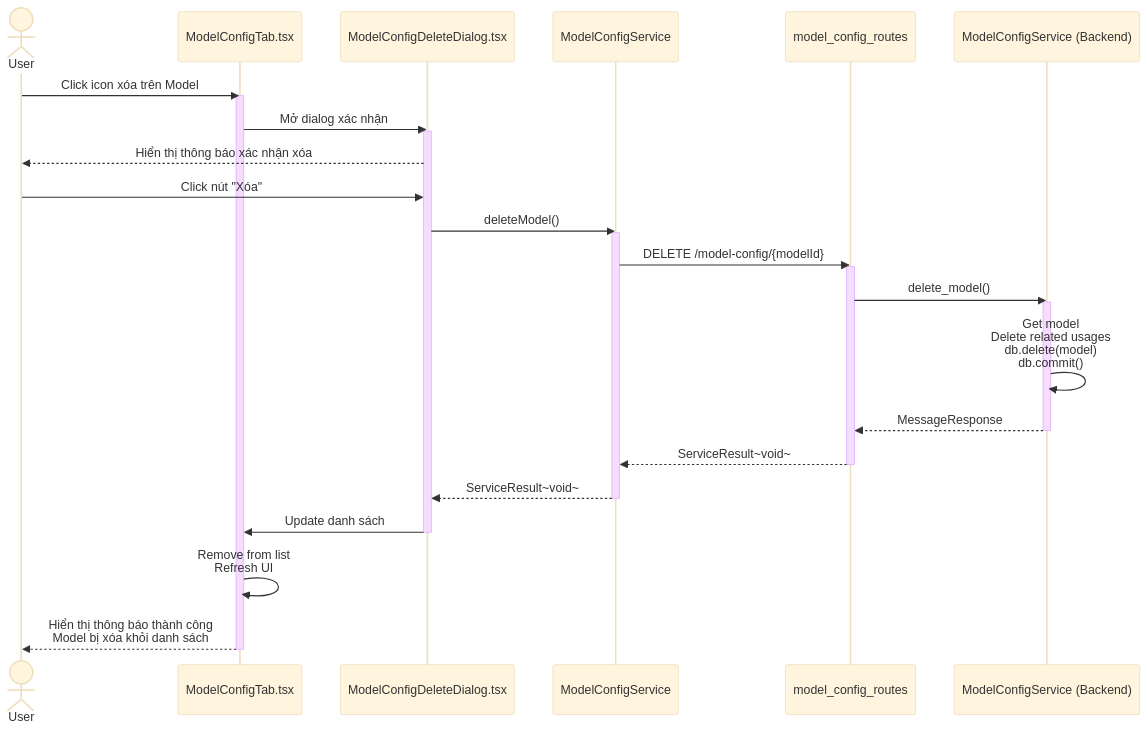
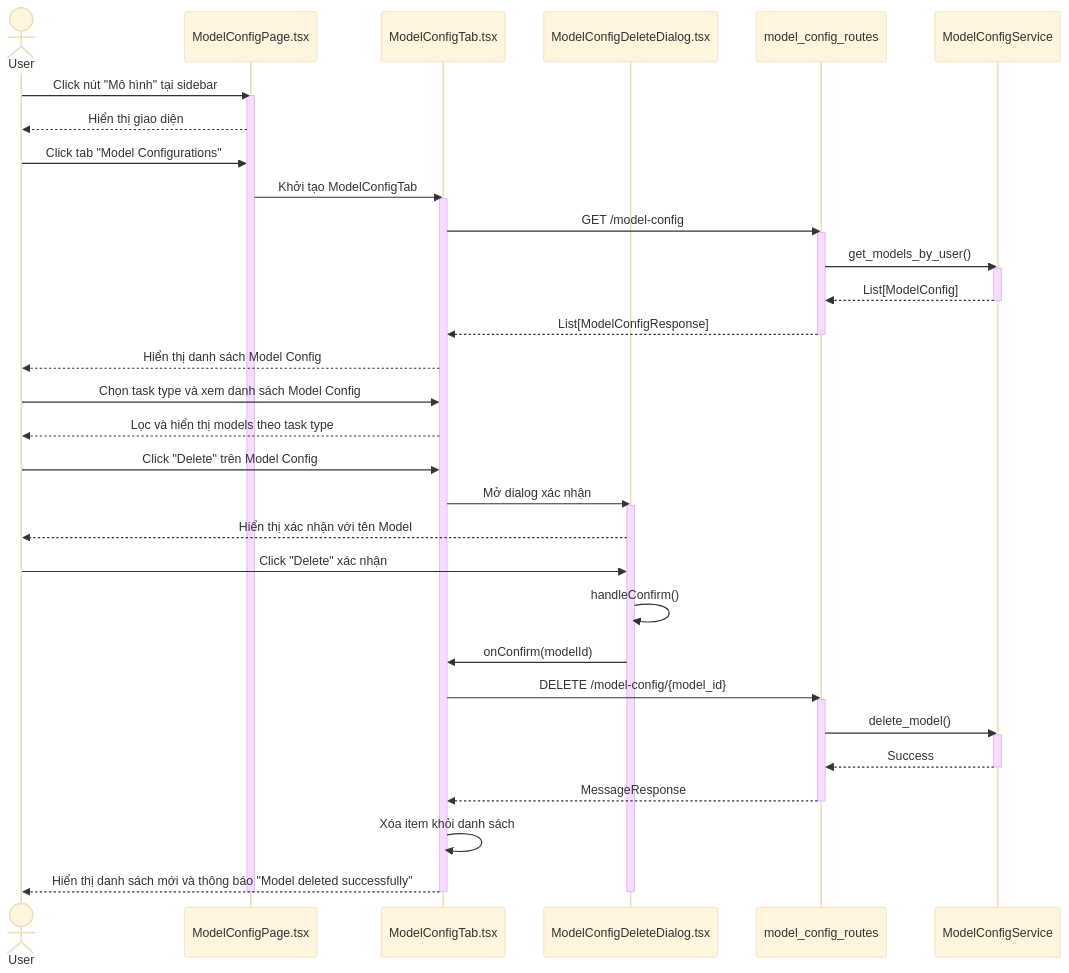
The fourth of 10 diagrams in model_config/4_model_config_seq.md (mduc-2610/gp_doc), drawn with Mermaid (base theme) before and after one commit. The commit also changed other lines of this file and 12 other files, not shown here.

Commit message:
refactor scenario and sequence

````diff
--- a/model_config/4_model_config_seq.md
+++ b/model_config/4_model_config_seq.md
@@ -178,46 +207,56 @@
 ```mermaid
 sequenceDiagram
     actor User
+    participant ModelConfigPage as ModelConfigPage.tsx
     participant ModelConfigTab as ModelConfigTab.tsx
     participant ModelConfigDeleteDialog as ModelConfigDeleteDialog.tsx
+    participant ModelConfigRoutes as model_config_routes
     participant ModelConfigService as ModelConfigService
-    participant ModelConfigRoutes as model_config_routes
-    participant ModelConfigBackendService as ModelConfigService (Backend)
 
-    User->>ModelConfigTab: Click icon xóa trên Model
+    User->>ModelConfigPage: Click nút "Mô hình" tại sidebar
+    activate ModelConfigPage
+    ModelConfigPage-->>User: Hiển thị giao diện
+    
+    User->>ModelConfigPage: Click tab "Model Configurations"
+    ModelConfigPage->>ModelConfigTab: Khởi tạo ModelConfigTab
     activate ModelConfigTab
     
+    ModelConfigTab->>ModelConfigRoutes: GET /model-config
+    activate ModelConfigRoutes
+    ModelConfigRoutes->>ModelConfigService: get_models_by_user()
+    activate ModelConfigService
+    ModelConfigService-->>ModelConfigRoutes: List[ModelConfig]
+    deactivate ModelConfigService
+    ModelConfigRoutes-->>ModelConfigTab: List[ModelConfigResponse]
+    deactivate ModelConfigRoutes
+    
+    ModelConfigTab-->>User: Hiển thị danh sách Model Config
+    
+    User->>ModelConfigTab: Chọn task type và xem danh sách Model Config
+    ModelConfigTab-->>User: Lọc và hiển thị models theo task type
+    
+    User->>ModelConfigTab: Click "Delete" trên Model Config
     ModelConfigTab->>ModelConfigDeleteDialog: Mở dialog xác nhận
     activate ModelConfigDeleteDialog
+    ModelConfigDeleteDialog-->>User: Hiển thị xác nhận với tên Model
     
-    ModelConfigDeleteDialog-->>User: Hiển thị thông báo xác nhận xóa
+    User->>ModelConfigDeleteDialog: Click "Delete" xác nhận
+    ModelConfigDeleteDialog->>ModelConfigDeleteDialog: handleConfirm()
+    ModelConfigDeleteDialog->>ModelConfigTab: onConfirm(modelId)
     
-    User->>ModelConfigDeleteDialog: Click nút "Xóa"
-    
-    ModelConfigDeleteDialog->>ModelConfigService: deleteModel()
+    ModelConfigTab->>ModelConfigRoutes: DELETE /model-config/{model_id}
+    activate ModelConfigRoutes
+    ModelConfigRoutes->>ModelConfigService: delete_model()
     activate ModelConfigService
-    
-    ModelConfigService->>ModelConfigRoutes: DELETE /model-config/{modelId}
-    activate ModelConfigRoutes
-    
-    ModelConfigRoutes->>ModelConfigBackendService: delete_model()
-    activate ModelConfigBackendService
-    
-    ModelConfigBackendService->>ModelConfigBackendService: Get model<br/>Delete related usages<br/>db.delete(model)<br/>db.commit()
-    
-    ModelConfigBackendService-->>ModelConfigRoutes: MessageResponse
-    deactivate ModelConfigBackendService
-    
-    ModelConfigRoutes-->>ModelConfigService: ServiceResult~void~
+    ModelConfigService-->>ModelConfigRoutes: Success
+    deactivate ModelConfigService
+    ModelConfigRoutes-->>ModelConfigTab: MessageResponse
     deactivate ModelConfigRoutes
     
-    ModelConfigService-->>ModelConfigDeleteDialog: ServiceResult~void~
-    deactivate ModelConfigService
+    ModelConfigTab->>ModelConfigTab: Xóa item khỏi danh sách
+    ModelConfigTab-->>User: Hiển thị danh sách mới và thông báo "Model deleted successfully"
     
-    ModelConfigDeleteDialog->>ModelConfigTab: Update danh sách
     deactivate ModelConfigDeleteDialog
-    
-    ModelConfigTab->>ModelConfigTab: Remove from list<br/>Refresh UI
-    ModelConfigTab-->>User: Hiển thị thông báo thành công<br/>Model bị xóa khỏi danh sách
     deactivate ModelConfigTab
+    deactivate ModelConfigPage
 ```
````
